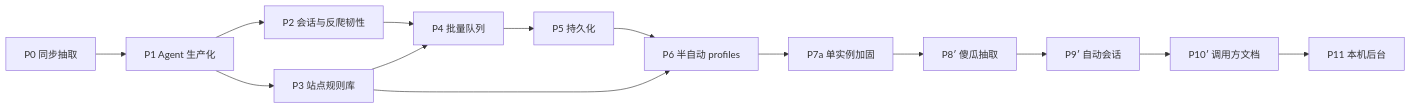
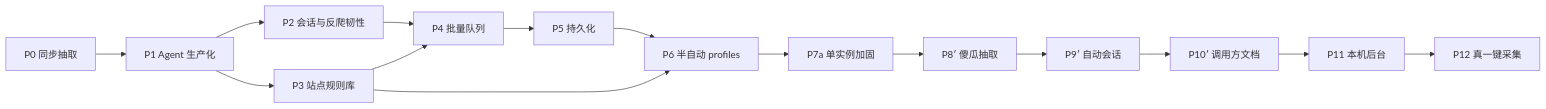
The diagram in docs/DESIGN.md (Ever12349/arachne), drawn with Mermaid before and after one commit. The commit also changed other lines of this file and 20 other files, not shown here.

````diff
--- a/docs/DESIGN.md
+++ b/docs/DESIGN.md
@@ -784,16 +797,17 @@
 ```mermaid
 flowchart LR
   P0[P0 同步抽取] --> P1[P1 Agent 生产化]
   P1 --> P2[P2 会话与反爬韧性]
   P1 --> P3[P3 站点规则库]
   P2 --> P4[P4 批量队列]
   P3 --> P4
   P4 --> P5[P5 持久化]
   P3 --> P6[P6 半自动 profiles]
   P5 --> P6
   P6 --> P7[P7a 单实例加固]
   P7 --> P8[P8′ 傻瓜抽取]
   P8 --> P9[P9′ 自动会话]
   P9 --> P10[P10′ 调用方文档]
   P10 --> P11[P11 本机后台]
+  P11 --> P12[P12 真一键采集]
 ```
````
